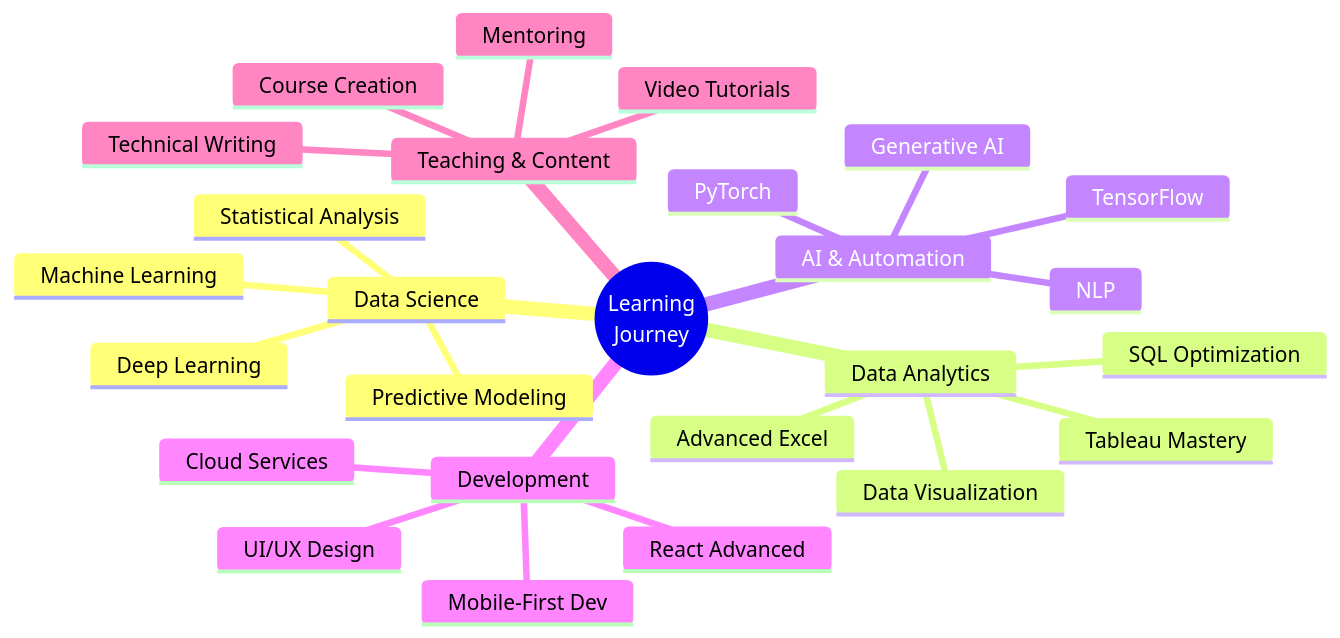
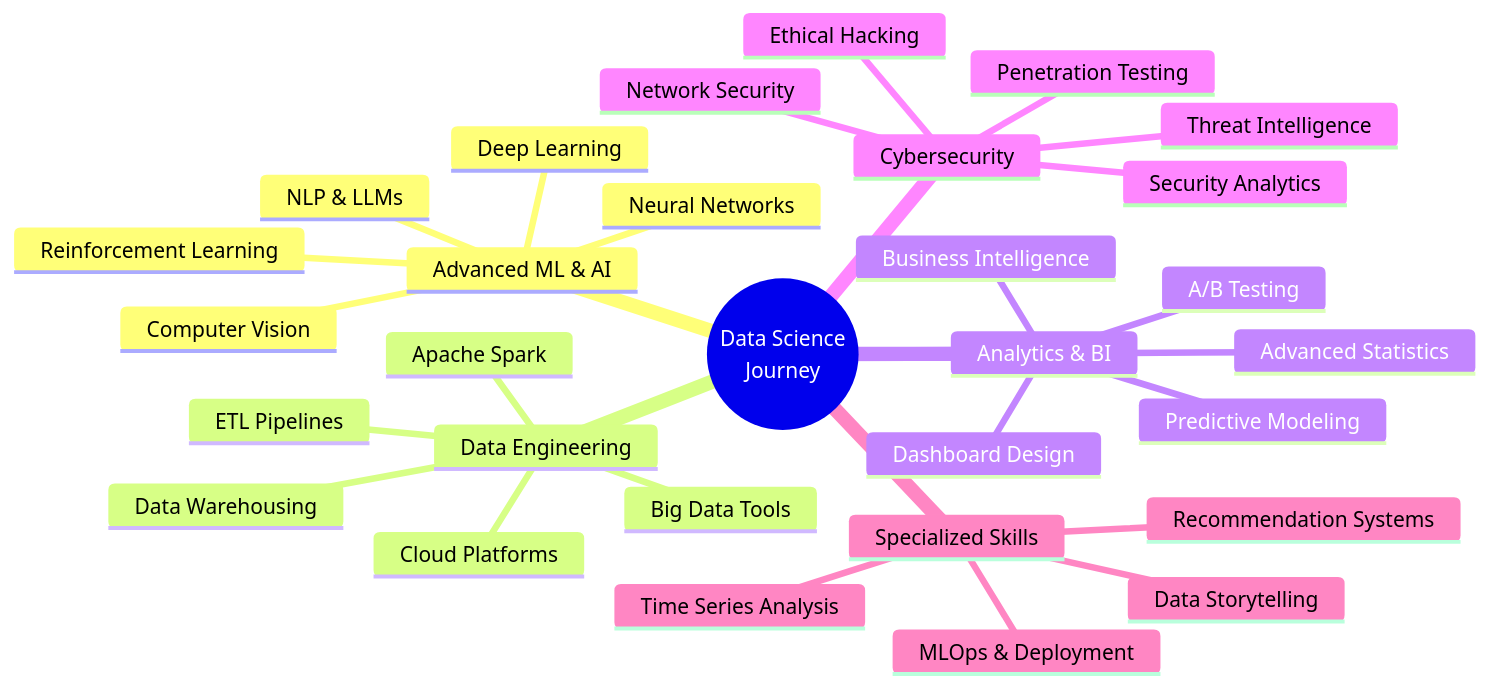
One commit to priyanshuarc/priyanshuarc changed the diagram in README.md. Above: the diagram before and after it, drawn with Mermaid. The commit also changed other lines of this file, not shown here.

````diff
--- a/README.md
+++ b/README.md
@@ -242,29 +322,34 @@
 ```mermaid
 mindmap
-  root((Learning<br/>Journey))
-    Data Science
-      Machine Learning
+  root((Data Science
+    Journey))
+    Advanced ML & AI
       Deep Learning
-      Statistical Analysis
+      Neural Networks
+      NLP & LLMs
+      Computer Vision
+      Reinforcement Learning
+    Data Engineering
+      ETL Pipelines
+      Big Data Tools
+      Apache Spark
+      Data Warehousing
+      Cloud Platforms
+    Analytics & BI
+      Advanced Statistics
       Predictive Modeling
-    Data Analytics
-      Advanced Excel
-      Tableau Mastery
-      SQL Optimization
-      Data Visualization
-    AI & Automation
-      Generative AI
-      PyTorch
-      TensorFlow
-      NLP
-    Development
-      UI/UX Design
-      Mobile-First Dev
-      React Advanced
-      Cloud Services
-    Teaching & Content
-      Technical Writing
-      Video Tutorials
-      Course Creation
-      Mentoring
+      A/B Testing
+      Business Intelligence
+      Dashboard Design
+    Cybersecurity
+      Ethical Hacking
+      Network Security
+      Penetration Testing
+      Security Analytics
+      Threat Intelligence
+    Specialized Skills
+      Time Series Analysis
+      Recommendation Systems
+      Data Storytelling
+      MLOps & Deployment
 ```
````
